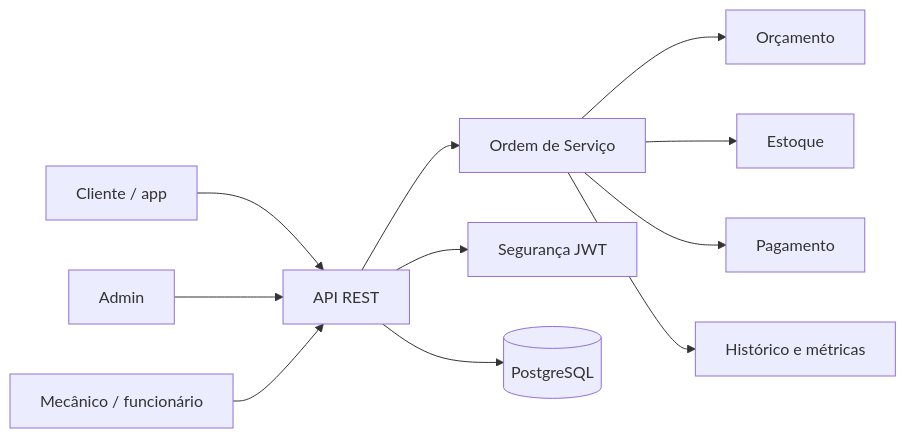
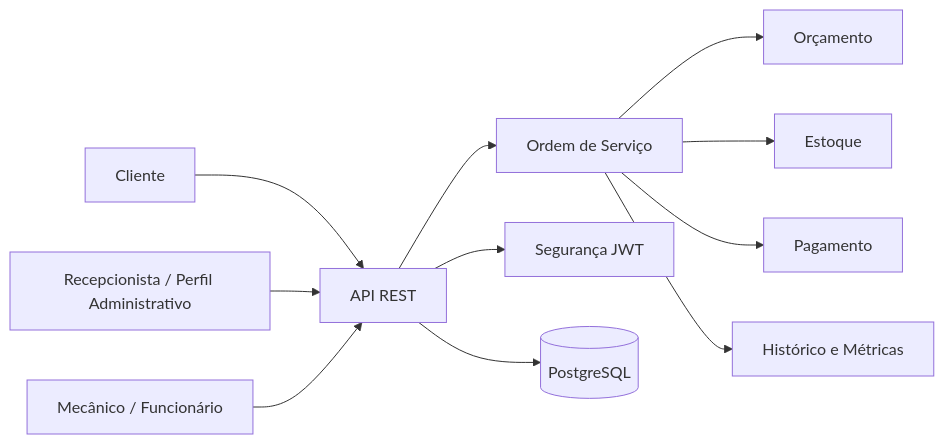
Before and after one commit to thallencar/autoflow: the diagram in README.md, drawn with Mermaid. The commit also changed other lines of this file, not shown here.

````diff
--- a/README.md
+++ b/README.md
@@ -91,13 +116,15 @@
 ```mermaid
 flowchart LR
-    Cliente[Cliente / app] --> API[API REST]
-    Admin[Admin] --> API
-    Funcionario[Mecânico / funcionário] --> API
+    Cliente[Cliente] --> API[API REST]
+    Recepcionista[Recepcionista / Perfil Administrativo] --> API
+    Funcionario[Mecânico / Funcionário] --> API
+
     API --> OS[Ordem de Serviço]
     OS --> Orcamento[Orçamento]
     OS --> Estoque[Estoque]
     OS --> Pagamento[Pagamento]
-    OS --> Historico[Histórico e métricas]
+    OS --> Historico[Histórico e Métricas]
+
     API --> JWT[Segurança JWT]
     API --> DB[(PostgreSQL)]
 ```
````
